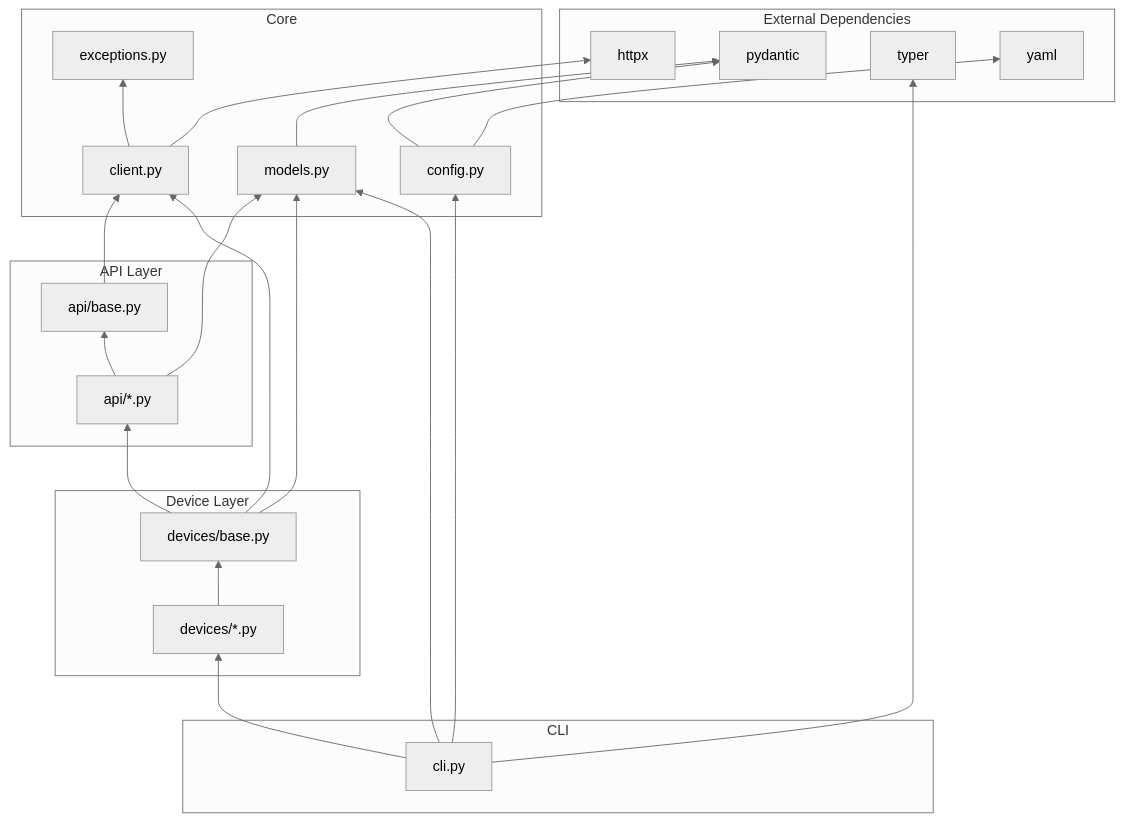
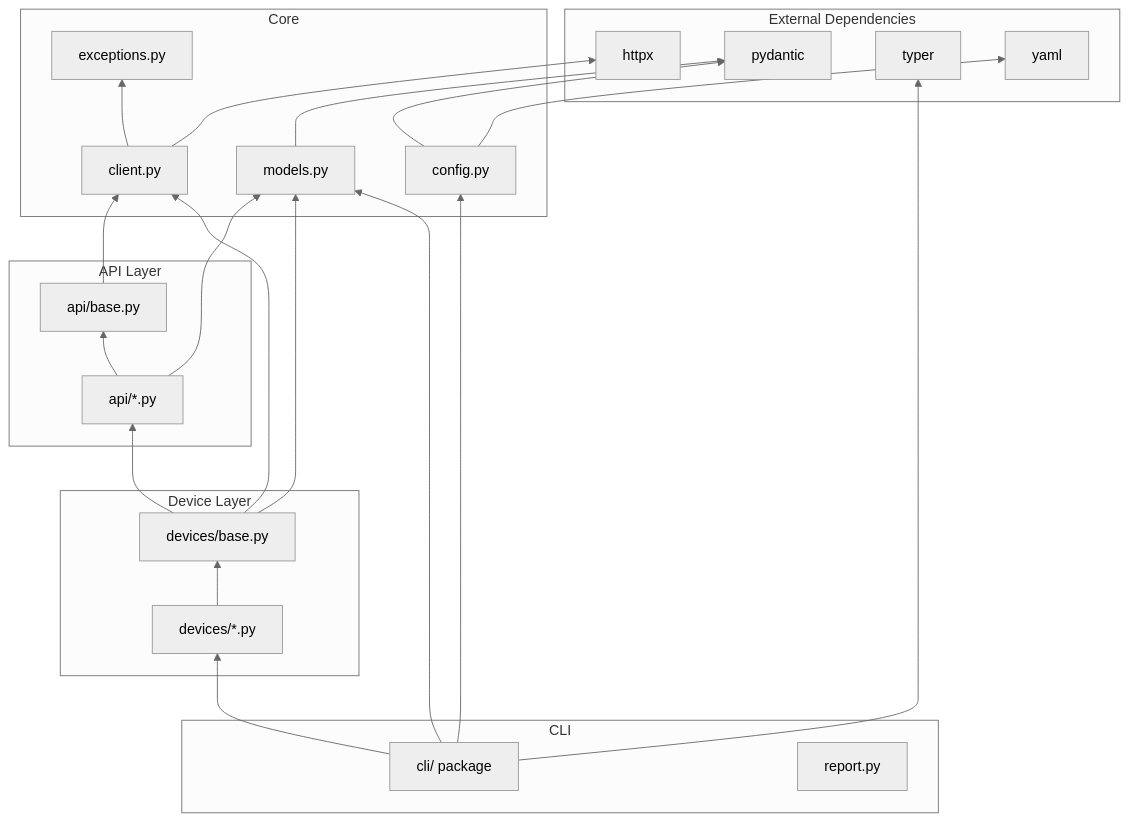
Before and after one commit to NetDevAutomate/axiscam: diagram 14 of 29 in docs/architecture.md, drawn with Mermaid (neutral theme). The commit also changed other lines of this file and 17 other files, not shown here.

First line of the commit message:
docs(phase-1): registry architecture, module tables, report shape; coverage 58

````diff
--- a/docs/architecture.md
+++ b/docs/architecture.md
@@ -561,53 +598,54 @@
 ```mermaid
 flowchart BT
     subgraph "External Dependencies"
         httpx
         pydantic
         typer
         yaml
     end
 
     subgraph "Core"
         exceptions[exceptions.py]
         client[client.py]
         models[models.py]
         config[config.py]
     end
 
     subgraph "API Layer"
         base[api/base.py]
         api_modules[api/*.py]
     end
 
     subgraph "Device Layer"
         device_base[devices/base.py]
         devices[devices/*.py]
     end
 
     subgraph "CLI"
-        cli[cli.py]
+        cli[cli/ package]
+        report[report.py]
     end
 
     client --> httpx
     client --> exceptions
 
     models --> pydantic
 
     config --> yaml
     config --> pydantic
 
     base --> client
     api_modules --> base
     api_modules --> models
 
     device_base --> client
     device_base --> api_modules
     device_base --> models
 
     devices --> device_base
 
     cli --> typer
     cli --> devices
     cli --> config
     cli --> models
 ```
````
